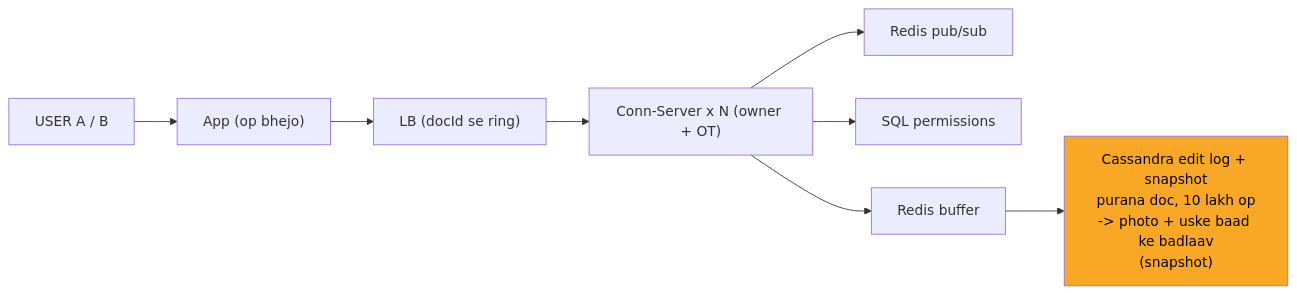
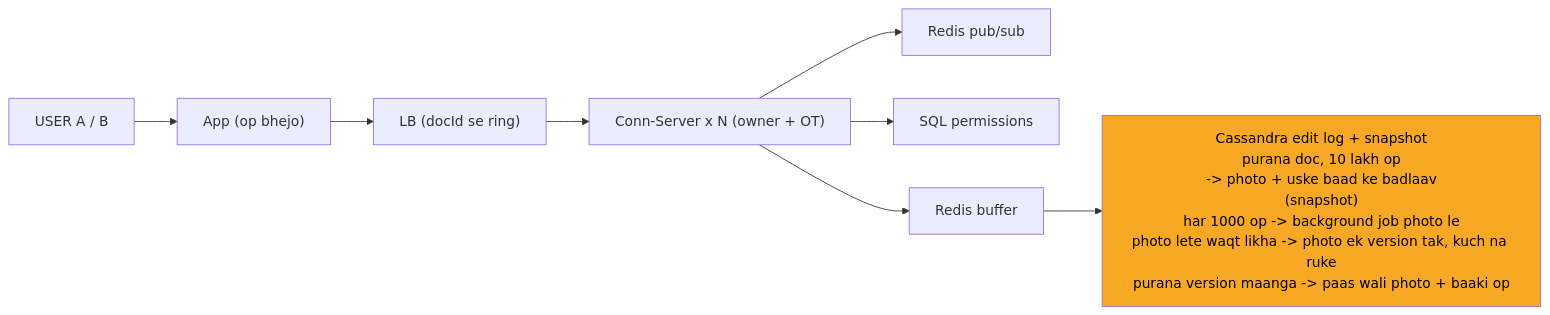
Before and after one commit to ArpanMaheshwari144/Prep: the ninth of 10 diagrams in 04_HLD/SYSTEM_DESIGNS/11_google_docs_collab/11_google_docs_collab.md, drawn with Mermaid. The commit also changed other lines of this file and 12 other files, not shown here.

Commit message:
hld 02-14: peele dabbe me SAFAR ke mod + diagram chauda (wrappingWidth 450)

````diff
--- a/04_HLD/SYSTEM_DESIGNS/11_google_docs_collab/11_google_docs_collab.md
+++ b/04_HLD/SYSTEM_DESIGNS/11_google_docs_collab/11_google_docs_collab.md
@@ -333,19 +341,20 @@
 ```mermaid
+%%{init: {"flowchart": {"wrappingWidth": 450}}}%%
 flowchart LR
     n_USER["USER A / B"]
     n_App["App (op bhejo)"]
     n_LB["LB (docId se ring)"]
     n_Conn_Server_xN["Conn-Server x N (owner + OT)"]
     n_PS["Redis pub/sub"]
     n_SQL["SQL permissions"]
     n_BUF["Redis buffer"]
-    n_CAS["Cassandra edit log + snapshot<br/>purana doc, 10 lakh op<br/>-> photo + uske baad ke badlaav<br/>(snapshot)"]
+    n_CAS["Cassandra edit log + snapshot<br/>purana doc, 10 lakh op<br/>-> photo + uske baad ke badlaav<br/>(snapshot)<br/>har 1000 op -> background job photo le<br/>photo lete waqt likha -> photo ek version tak, kuch na ruke<br/>purana version maanga -> paas wali photo + baaki op"]
     n_USER --> n_App
     n_App --> n_LB
     n_LB --> n_Conn_Server_xN
     n_Conn_Server_xN --> n_PS
     n_Conn_Server_xN --> n_BUF
     n_Conn_Server_xN --> n_SQL
     n_BUF --> n_CAS
     style n_CAS fill:#f9a825,color:#000
 ```
````
